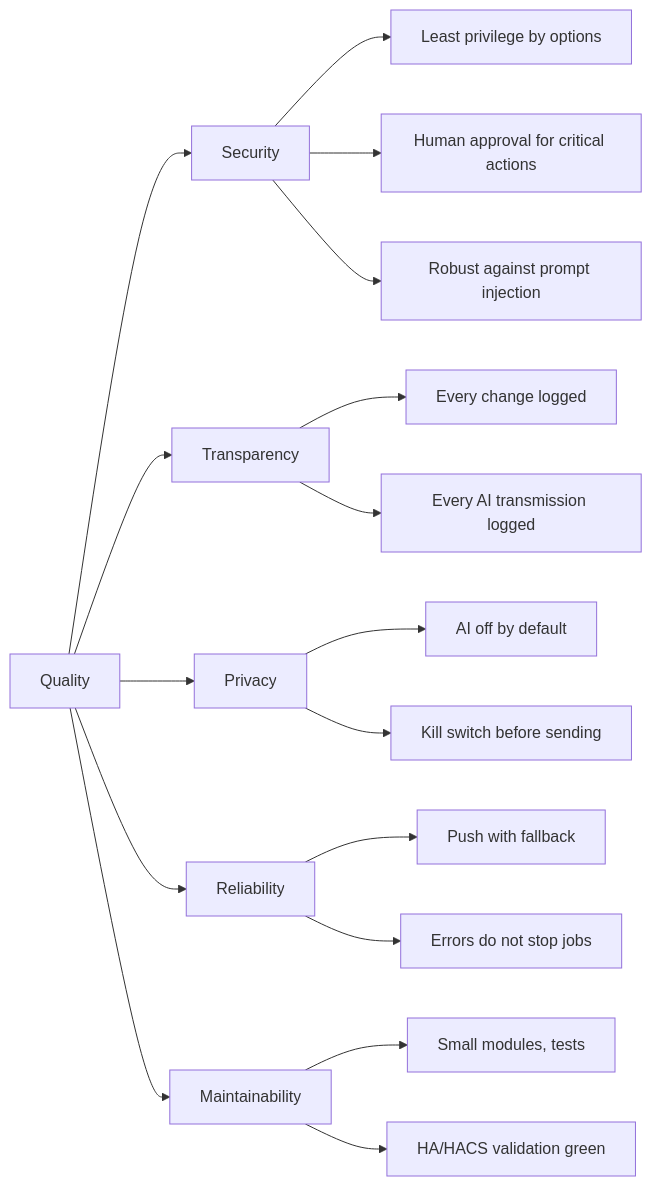
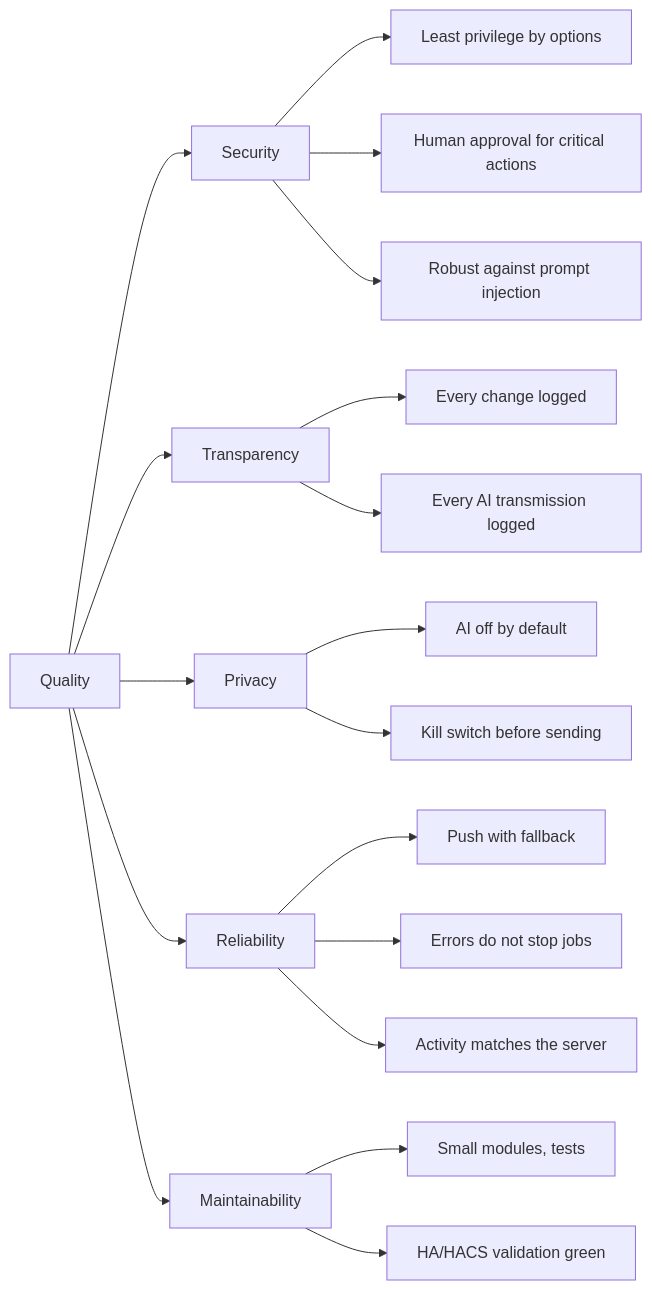
Before and after one commit to nadeo360/friedafetch: the seventh of 7 diagrams in docs/architecture.md, drawn with Mermaid. The commit also changed other lines of this file and 1 other file, not shown here.

````diff
--- a/docs/architecture.md
+++ b/docs/architecture.md
@@ -472,19 +571,20 @@
 ```mermaid
 flowchart LR
   Q[Quality] --> S[Security]
   Q --> T[Transparency]
   Q --> P[Privacy]
   Q --> R[Reliability]
   Q --> M[Maintainability]
   S --> S1[Least privilege by options]
   S --> S2[Human approval for critical actions]
   S --> S3[Robust against prompt injection]
   T --> T1[Every change logged]
   T --> T2[Every AI transmission logged]
   P --> P1[AI off by default]
   P --> P2[Kill switch before sending]
   R --> R1[Push with fallback]
   R --> R2[Errors do not stop jobs]
+  R --> R3[Activity matches the server]
   M --> M1[Small modules, tests]
   M --> M2[HA/HACS validation green]
 ```
````
